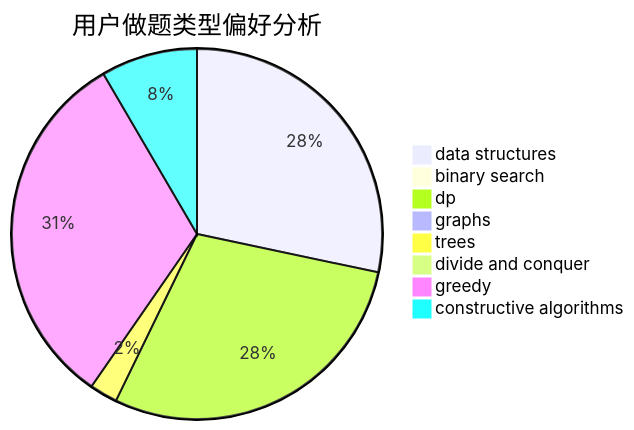
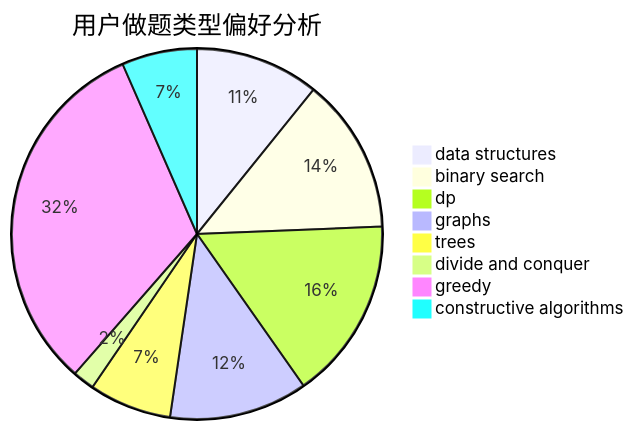
Before and after one commit to sherpahu/cfrs.github.io: the second of 3 diagrams in docs/user/u1913.md, drawn with Mermaid. The commit also changed other lines of this file and 2770 other files, not shown here.

````diff
--- a/docs/user/u1913.md
+++ b/docs/user/u1913.md
@@ -23,11 +23,11 @@
 ```mermaid
 pie title 用户做题类型偏好分析
-    "data structures" :  407
-    "binary search" :  3
-    "dp" :  415
-    "graphs" :  10
-    "trees" :  35
-    "divide and conquer" :  11
-    "greedy" :  459
-    "constructive algorithms" :  121
+    "data structures" :  51
+    "binary search" :  64
+    "dp" :  75
+    "graphs" :  57
+    "trees" :  34
+    "divide and conquer" :  9
+    "greedy" :  151
+    "constructive algorithms" :  31
 ```
````
